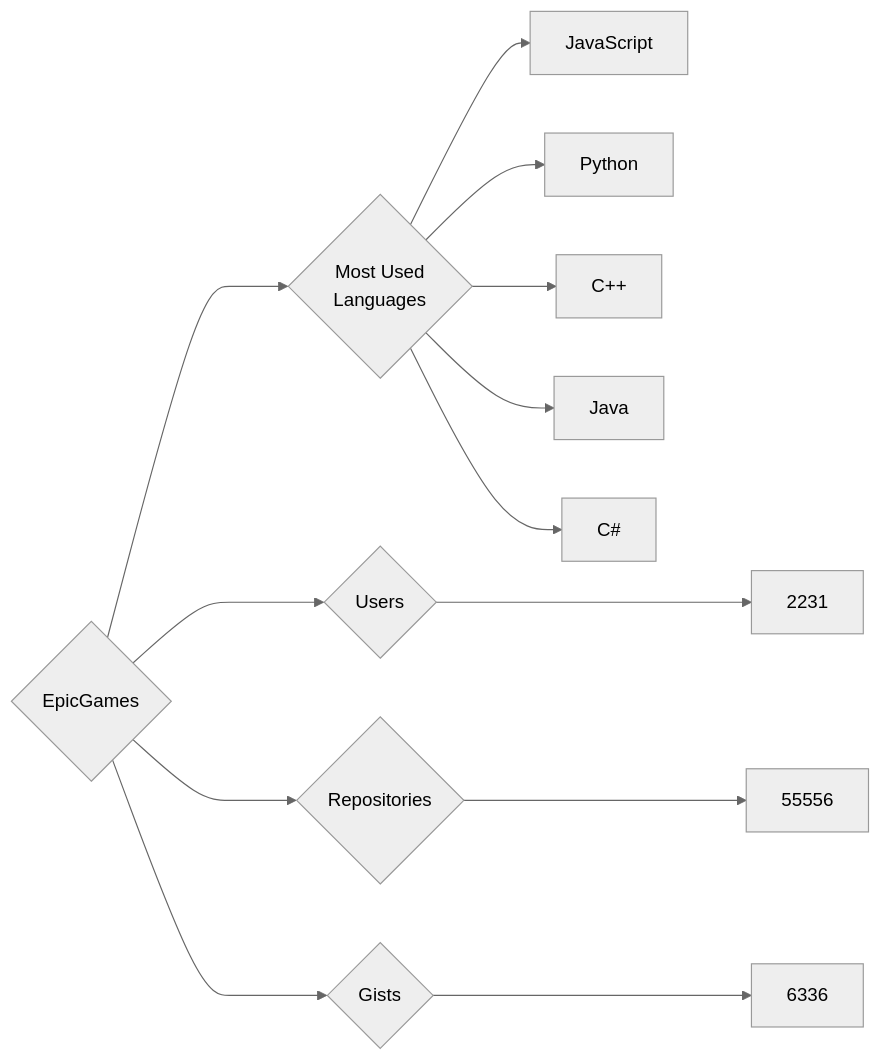
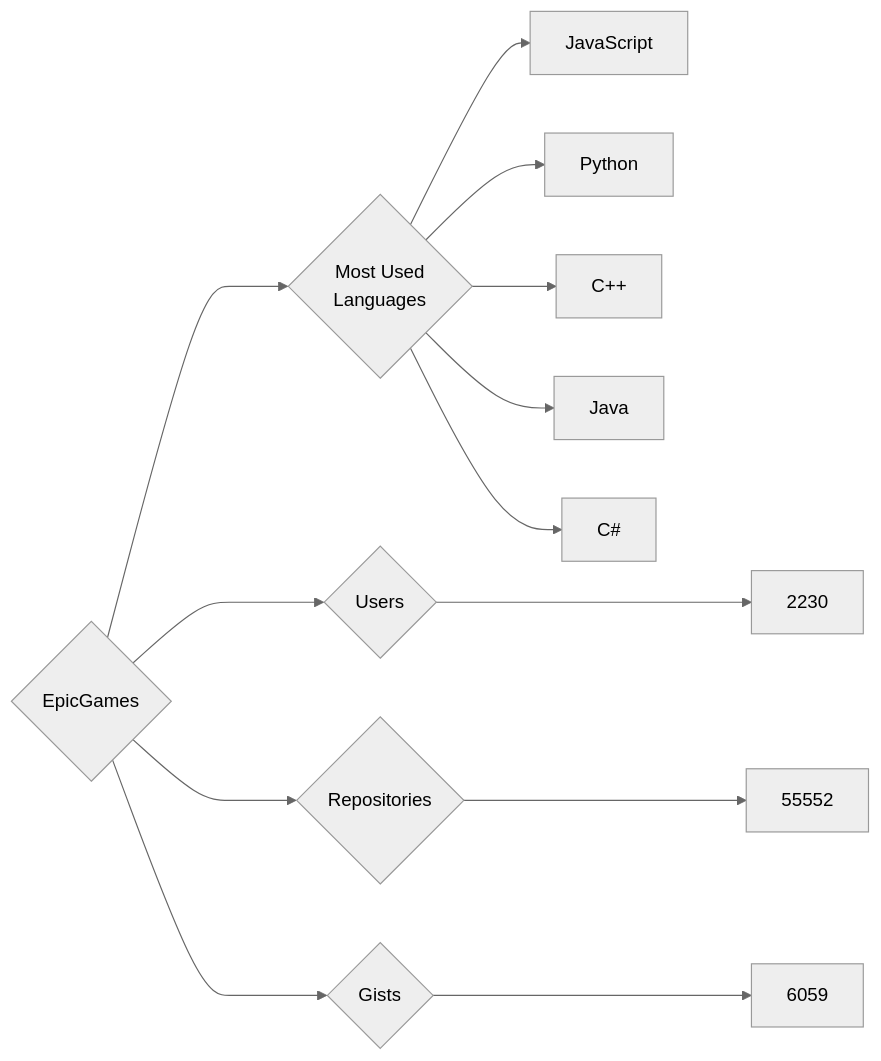
One commit to trickest/insiders changed the diagram in targets/EpicGames/README.md. Above: the diagram before and after it, drawn with Mermaid (neutral theme). The commit also changed 912 other files, not shown here.

````diff
--- a/targets/EpicGames/README.md
+++ b/targets/EpicGames/README.md
@@ -3,13 +3,13 @@
 ```mermaid
 graph LR
 COMPANY_NAME{EpicGames}
-COMPANY_NAME ---> U{Users} ---> UN[2231]
-COMPANY_NAME ---> R{Repositories} ---> RN[55556]
-COMPANY_NAME ---> G{Gists} ---> GN[6336]
+COMPANY_NAME ---> U{Users} ---> UN[2230]
+COMPANY_NAME ---> R{Repositories} ---> RN[55552]
+COMPANY_NAME ---> G{Gists} ---> GN[6059]
 COMPANY_NAME ---> ML{Most Used<br>Languages}
 ML --> JavaScript[JavaScript]
 ML --> Python[Python]
 ML --> C++[C++]
 ML --> Java[Java]
 ML --> C#[C#]
 ```
````
